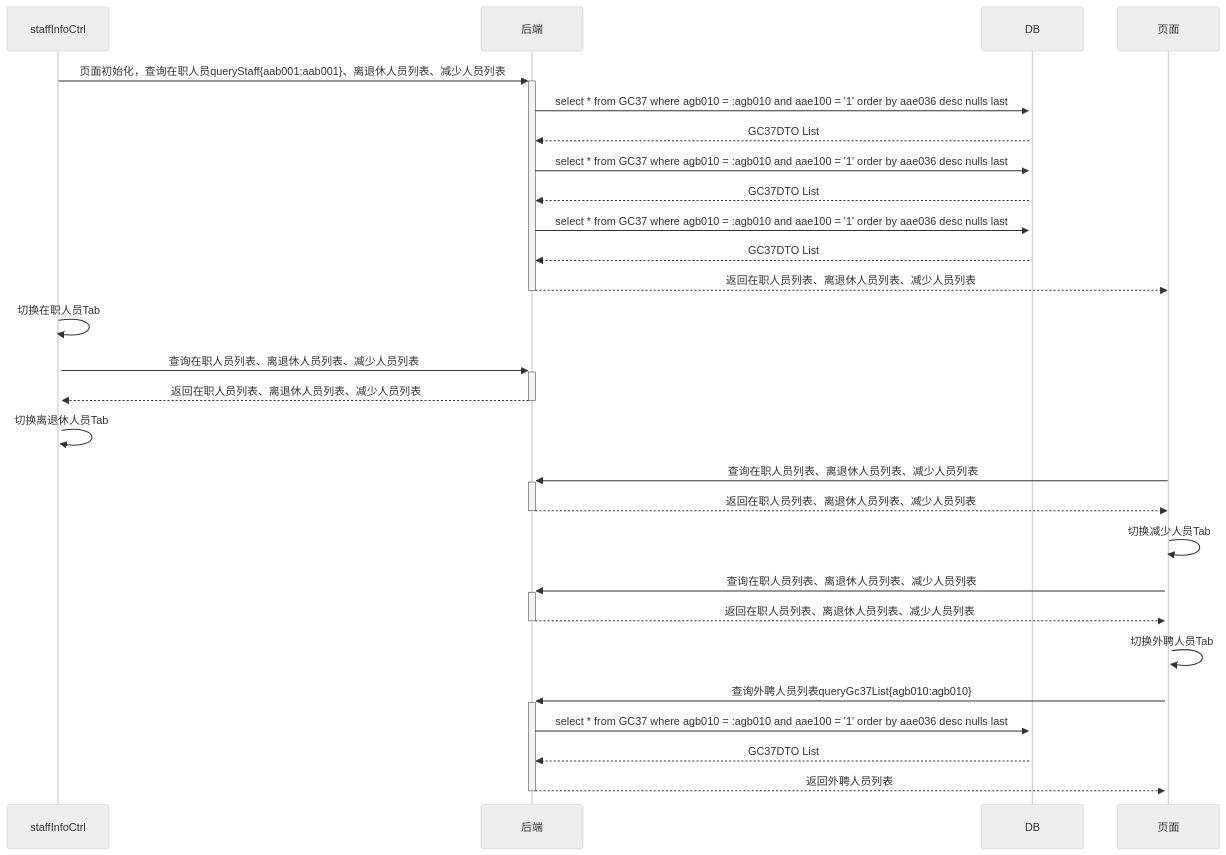
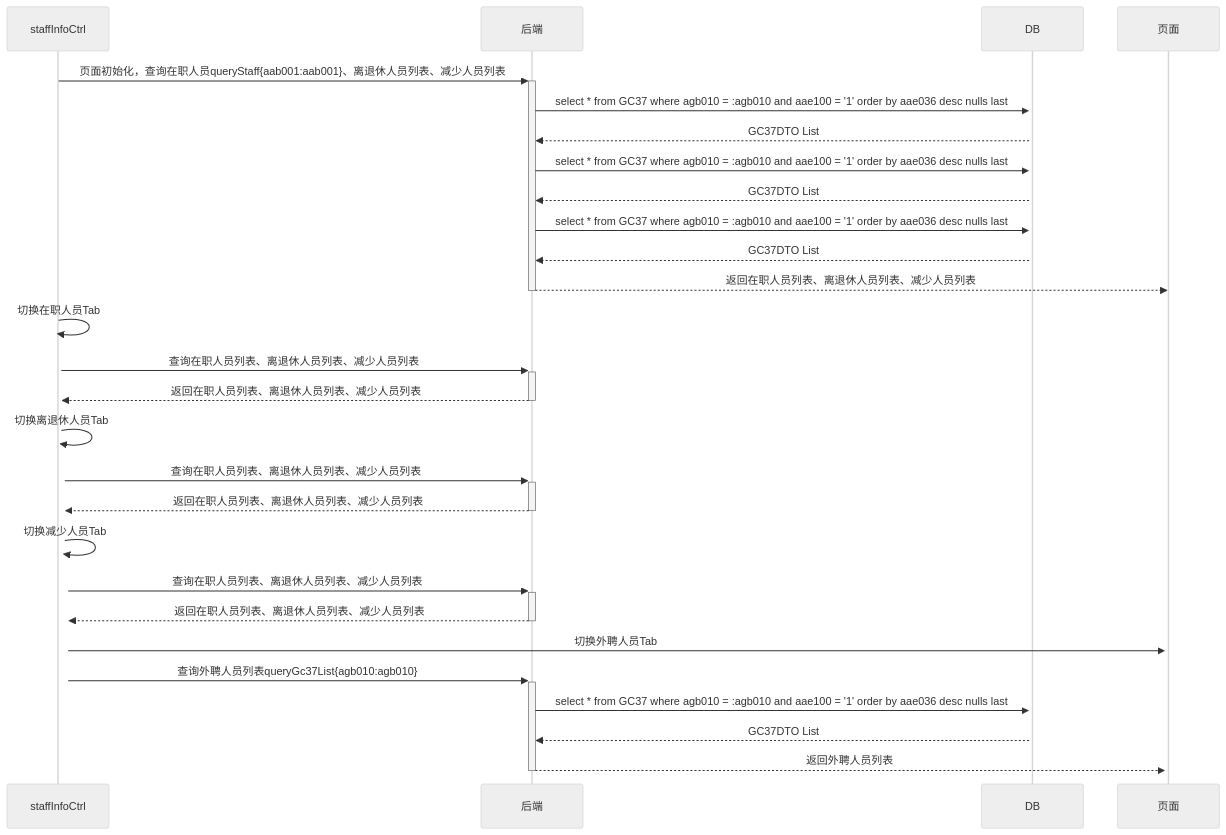
Before and after one commit to ZhangJianBeiJing/iodraw-files: the diagram in all/人员基本信息初始化页面多Tab调用业务流程.md, drawn with Mermaid (neutral theme).

Commit message:
2025-03-25 10:38:23 update

````diff
--- a/all/人员基本信息初始化页面多Tab调用业务流程.md
+++ b/all/人员基本信息初始化页面多Tab调用业务流程.md
@@ -1,25 +1,25 @@
 ```mermaid
 sequenceDiagram
     staffInfoCtrl->>+后端: 页面初始化，查询在职人员queryStaff{aab001:aab001}、离退休人员列表、减少人员列表
     后端->>+DB:select * from GC37 where agb010 = :agb010 and aae100 = '1' order by aae036 desc nulls last
     DB-->>后端:GC37DTO List
     后端->>+DB:select * from GC37 where agb010 = :agb010 and aae100 = '1' order by aae036 desc nulls last
     DB-->>后端:GC37DTO List
     后端->>+DB:select * from GC37 where agb010 = :agb010 and aae100 = '1' order by aae036 desc nulls last
     DB-->>后端:GC37DTO List
     后端-->>-页面:返回在职人员列表、离退休人员列表、减少人员列表
     staffInfoCtrl->>+staffInfoCtrl:切换在职人员Tab
     staffInfoCtrl->>+后端:查询在职人员列表、离退休人员列表、减少人员列表
     后端-->>-staffInfoCtrl:返回在职人员列表、离退休人员列表、减少人员列表
     staffInfoCtrl->>+staffInfoCtrl:切换离退休人员Tab
-    页面->>+后端:查询在职人员列表、离退休人员列表、减少人员列表
-    后端-->>-页面:返回在职人员列表、离退休人员列表、减少人员列表
-    页面->>+页面:切换减少人员Tab
-    页面->>+后端:查询在职人员列表、离退休人员列表、减少人员列表
-    后端-->>-页面:返回在职人员列表、离退休人员列表、减少人员列表
-    页面->>+页面:切换外聘人员Tab
-    页面->>+后端:查询外聘人员列表queryGc37List{agb010:agb010}
+    staffInfoCtrl->>+后端:查询在职人员列表、离退休人员列表、减少人员列表
+    后端-->>-staffInfoCtrl:返回在职人员列表、离退休人员列表、减少人员列表
+    staffInfoCtrl->>+staffInfoCtrl:切换减少人员Tab
+    staffInfoCtrl->>+后端:查询在职人员列表、离退休人员列表、减少人员列表
+    后端-->>-staffInfoCtrl:返回在职人员列表、离退休人员列表、减少人员列表
+    staffInfoCtrl->>+页面:切换外聘人员Tab
+    staffInfoCtrl->>+后端:查询外聘人员列表queryGc37List{agb010:agb010}
     后端->>+DB:select * from GC37 where agb010 = :agb010 and aae100 = '1' order by aae036 desc nulls last
     DB-->>后端:GC37DTO List 
     后端-->>-页面:返回外聘人员列表
 ```
````
